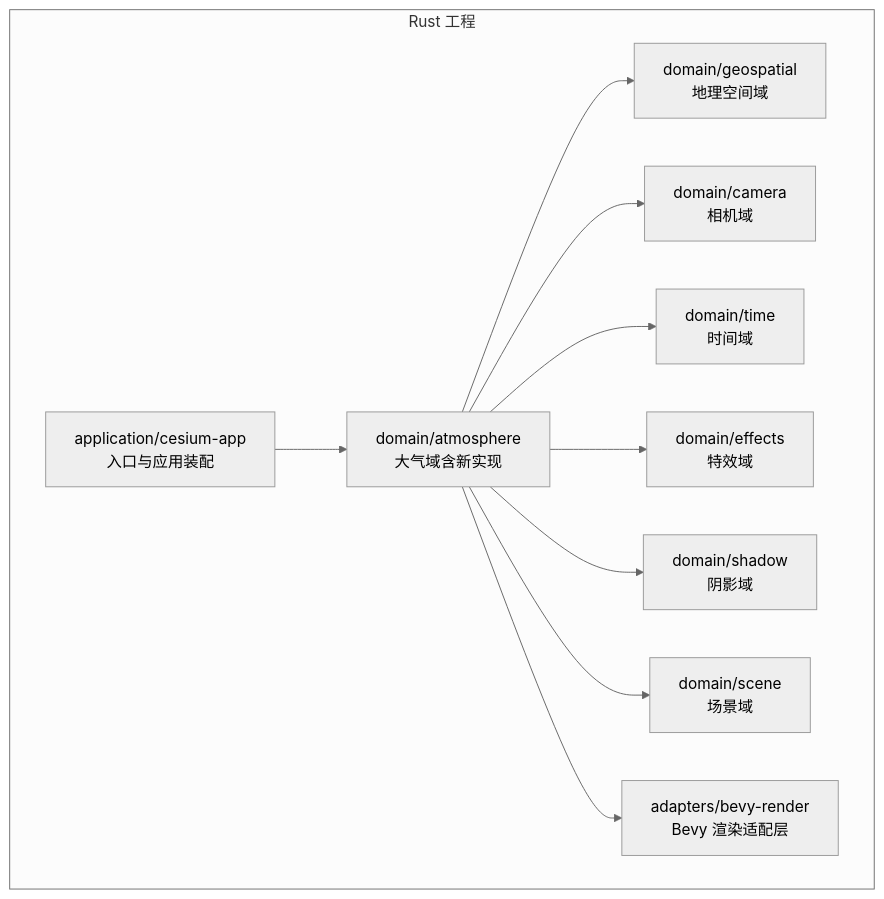
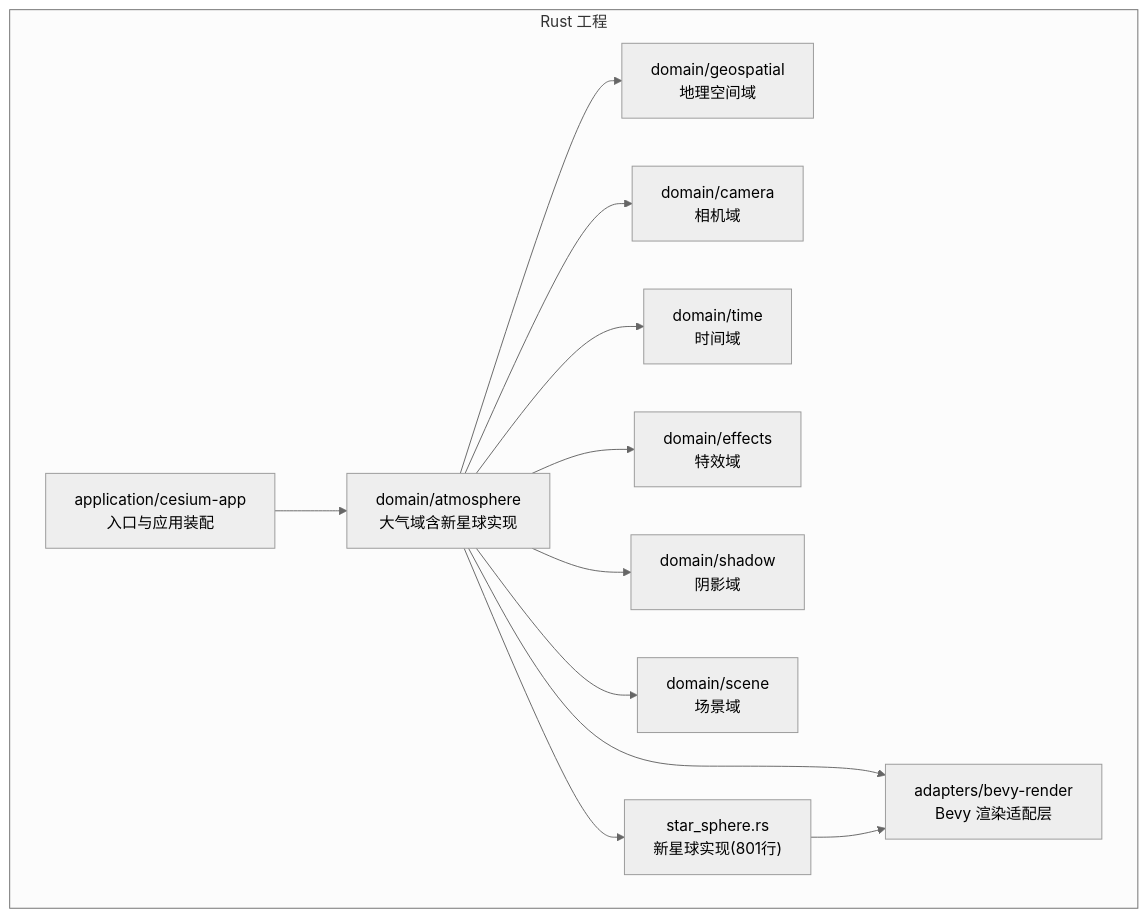
Before and after one commit to rzhangjing/cesium: the first of 6 diagrams in .qoder/repowiki/zh/content/项目概述/核心特性/大气系统.md, drawn with Mermaid (neutral theme). The commit also changed other lines of this file and 30 other files, not shown here.

````diff
--- a/.qoder/repowiki/zh/content/项目概述/核心特性/大气系统.md
+++ b/.qoder/repowiki/zh/content/项目概述/核心特性/大气系统.md
@@ -49,22 +49,25 @@
 ```mermaid
 graph TB
 subgraph "Rust 工程"
 A["application/cesium-app<br/>入口与应用装配"]
-B["domain/atmosphere<br/>大气域含新实现"]
+B["domain/atmosphere<br/>大气域含新星球实现"]
 C["domain/geospatial<br/>地理空间域"]
 D["domain/camera<br/>相机域"]
 E["domain/time<br/>时间域"]
 F["domain/effects<br/>特效域"]
 G["domain/shadow<br/>阴影域"]
 H["domain/scene<br/>场景域"]
 I["adapters/bevy-render<br/>Bevy 渲染适配层"]
+J["star_sphere.rs<br/>新星球实现(801行)"]
 end
 A --> B
 B --> C
 B --> D
 B --> E
 B --> F
 B --> G
 B --> H
 B --> I
+B --> J
+J --> I
 ```
````
